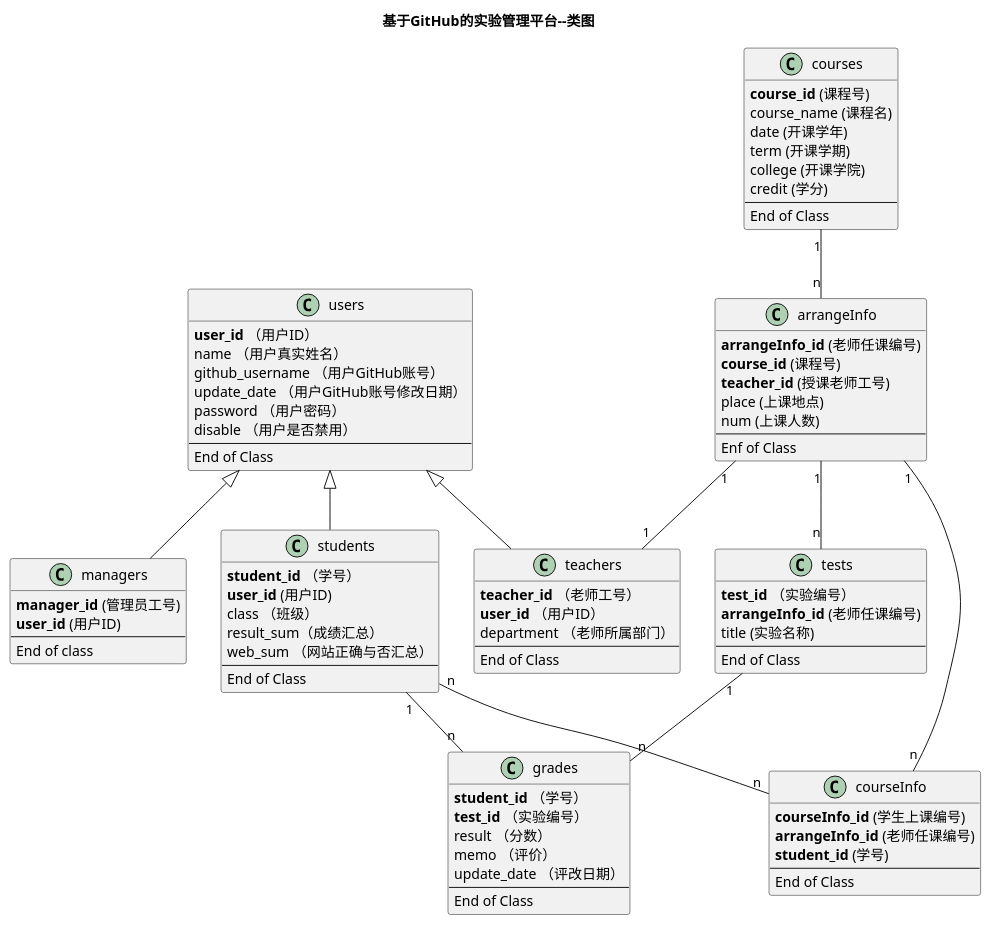
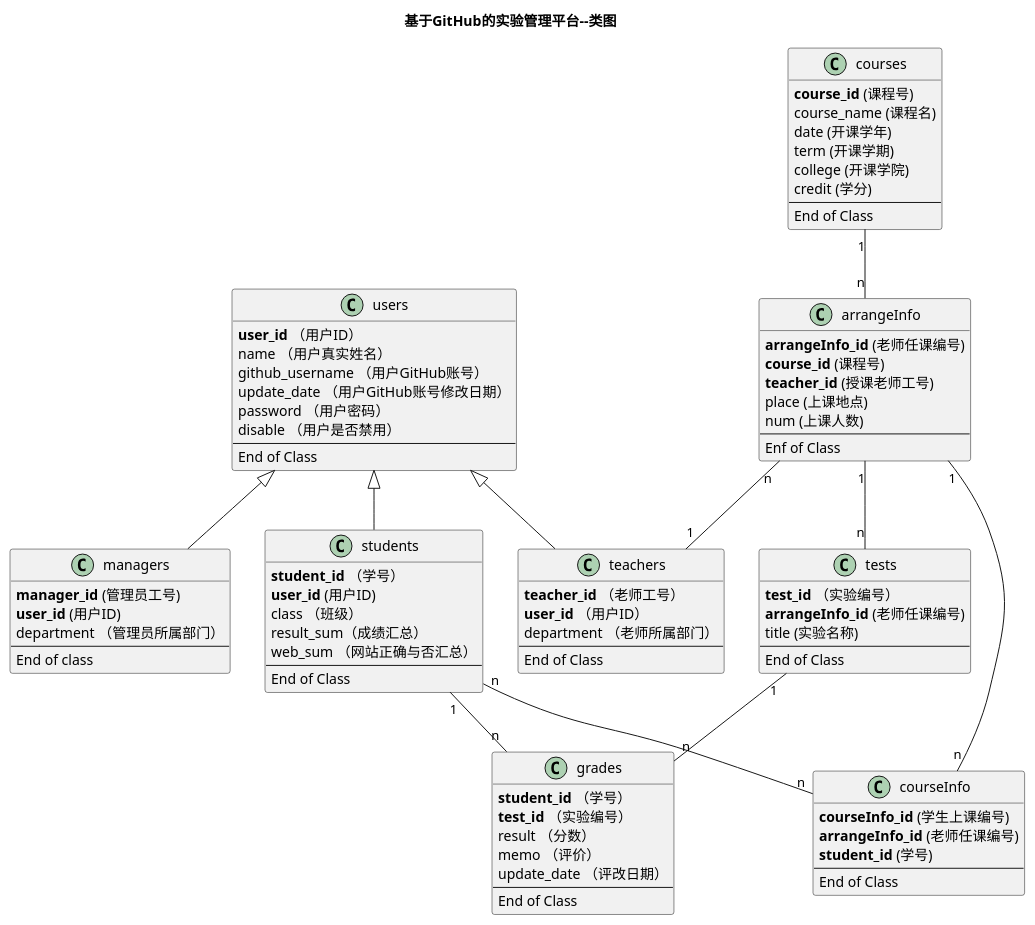
The diagram in test6/src/Class.puml (zqiheng/is_analysis), drawn with PlantUML before and after one commit. The commit also changed 334 other files, not shown here.

```diff
--- a/test6/src/Class.puml
+++ b/test6/src/Class.puml
@@ -1,101 +1,102 @@
 @startuml
 title 基于GitHub的实验管理平台--类图
 
 class users {
     <b>user_id</b> （用户ID）
     name （用户真实姓名）
     github_username （用户GitHub账号）
     update_date （用户GitHub账号修改日期）
     password （用户密码）
     disable （用户是否禁用）
     --
     End of Class
 }
 
 class managers {
     <b>manager_id</b> (管理员工号)
     <b>user_id</b> (用户ID)
+    department （管理员所属部门）
     --
     End of class
 }
 
 class teachers{
     <b>teacher_id</b> （老师工号）
     <b>user_id</b> （用户ID）
     department （老师所属部门）
     --
     End of Class
 }
 
 class students{
     <b>student_id</b> （学号）
     <b>user_id</b> (用户ID)
     class （班级）
     result_sum（成绩汇总）
     web_sum （网站正确与否汇总）
     --
     End of Class
 }
 
 class courses {
     <b>course_id</b> (课程号)
     course_name (课程名)
     date (开课学年)
     term (开课学期)
     college (开课学院)
     credit (学分)
     --
     End of Class
 }
 
 class arrangeInfo{
     <b>arrangeInfo_id</b> (老师任课编号)
     <b>course_id</b> (课程号)
     <b>teacher_id</b> (授课老师工号)
     place (上课地点)
     num (上课人数)
     --
     Enf of Class
 }
 
 class courseInfo{
     <b>courseInfo_id</b> (学生上课编号)
     <b>arrangeInfo_id</b> (老师任课编号)
     <b>student_id</b> (学号)
     --
     End of Class
 }
 
 class tests {
     <b>test_id</b> （实验编号）
     <b>arrangeInfo_id</b> (老师任课编号)
     title (实验名称)
     --
     End of Class
 }
 
 class grades {
     <b>student_id</b> （学号）
     <b>test_id</b> （实验编号）
     result （分数）
     memo （评价）
     update_date （评改日期）
     --
     End of Class
 }
 
 
 
 users <|-- managers
 users <|-- students
 users <|-- teachers
 courses "1"--"n" arrangeInfo
 arrangeInfo "1"--"n" courseInfo
-arrangeInfo "1"--"1" teachers
+arrangeInfo "n"--"1" teachers
 arrangeInfo "1"--"n" tests
 students "n"--"n" courseInfo
 students "1" -- "n"  grades
 tests "1" -- "n"  grades
 
 
 @enduml
```
